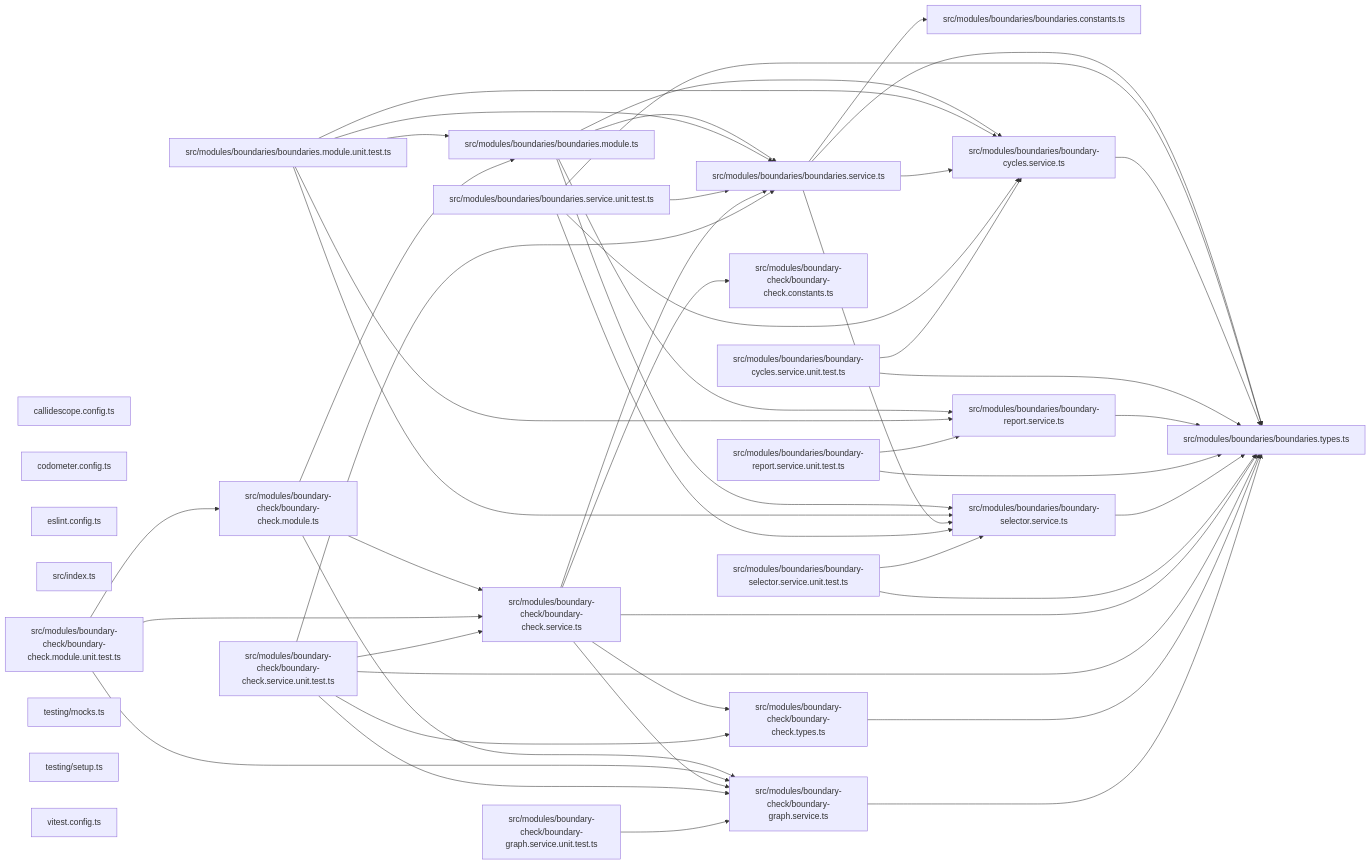
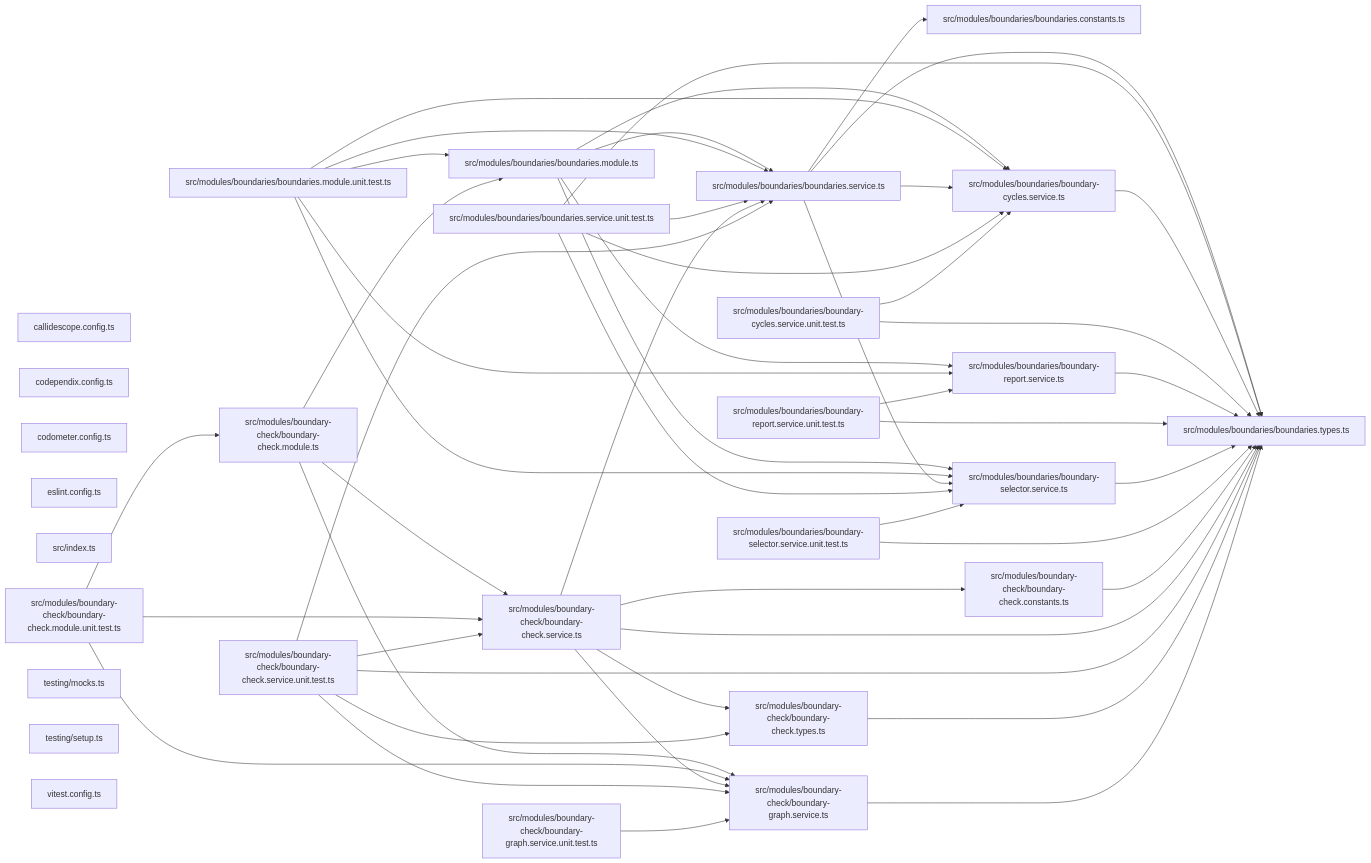
One commit to JimmyPaolini/codebase changed the third of 3 diagrams in packages/codependix-boundaries/README.md. Above: the diagram before and after it, drawn with Mermaid. The commit also changed 35 other files, not shown here.

````diff
--- a/packages/codependix-boundaries/README.md
+++ b/packages/codependix-boundaries/README.md
@@ -197,75 +197,77 @@
 ```mermaid
 graph LR
   file_callidescope_config_ts["callidescope.config.ts"]
+  file_codependix_config_ts["codependix.config.ts"]
   file_codometer_config_ts["codometer.config.ts"]
   file_eslint_config_ts["eslint.config.ts"]
   file_src_index_ts["src/index.ts"]
   file_src_modules_boundaries_boundaries_constants_ts["src/modules/boundaries/boundaries.constants.ts"]
   file_src_modules_boundaries_boundaries_module_ts["src/modules/boundaries/boundaries.module.ts"]
   file_src_modules_boundaries_boundaries_module_unit_test_ts["src/modules/boundaries/boundaries.module.unit.test.ts"]
   file_src_modules_boundaries_boundaries_service_ts["src/modules/boundaries/boundaries.service.ts"]
   file_src_modules_boundaries_boundaries_service_unit_test_ts["src/modules/boundaries/boundaries.service.unit.test.ts"]
   file_src_modules_boundaries_boundaries_types_ts["src/modules/boundaries/boundaries.types.ts"]
   file_src_modules_boundaries_boundary_cycles_service_ts["src/modules/boundaries/boundary-cycles.service.ts"]
   file_src_modules_boundaries_boundary_cycles_service_unit_test_ts["src/modules/boundaries/boundary-cycles.service.unit.test.ts"]
   file_src_modules_boundaries_boundary_report_service_ts["src/modules/boundaries/boundary-report.service.ts"]
   file_src_modules_boundaries_boundary_report_service_unit_test_ts["src/modules/boundaries/boundary-report.service.unit.test.ts"]
   file_src_modules_boundaries_boundary_selector_service_ts["src/modules/boundaries/boundary-selector.service.ts"]
   file_src_modules_boundaries_boundary_selector_service_unit_test_ts["src/modules/boundaries/boundary-selector.service.unit.test.ts"]
   file_src_modules_boundary_check_boundary_check_constants_ts["src/modules/boundary-check/boundary-check.constants.ts"]
   file_src_modules_boundary_check_boundary_check_module_ts["src/modules/boundary-check/boundary-check.module.ts"]
   file_src_modules_boundary_check_boundary_check_module_unit_test_ts["src/modules/boundary-check/boundary-check.module.unit.test.ts"]
   file_src_modules_boundary_check_boundary_check_service_ts["src/modules/boundary-check/boundary-check.service.ts"]
   file_src_modules_boundary_check_boundary_check_service_unit_test_ts["src/modules/boundary-check/boundary-check.service.unit.test.ts"]
   file_src_modules_boundary_check_boundary_check_types_ts["src/modules/boundary-check/boundary-check.types.ts"]
   file_src_modules_boundary_check_boundary_graph_service_ts["src/modules/boundary-check/boundary-graph.service.ts"]
   file_src_modules_boundary_check_boundary_graph_service_unit_test_ts["src/modules/boundary-check/boundary-graph.service.unit.test.ts"]
   file_testing_mocks_ts["testing/mocks.ts"]
   file_testing_setup_ts["testing/setup.ts"]
   file_vitest_config_ts["vitest.config.ts"]
   file_src_modules_boundaries_boundaries_module_ts --> file_src_modules_boundaries_boundaries_service_ts
   file_src_modules_boundaries_boundaries_module_ts --> file_src_modules_boundaries_boundary_cycles_service_ts
   file_src_modules_boundaries_boundaries_module_ts --> file_src_modules_boundaries_boundary_report_service_ts
   file_src_modules_boundaries_boundaries_module_ts --> file_src_modules_boundaries_boundary_selector_service_ts
   file_src_modules_boundaries_boundaries_module_unit_test_ts --> file_src_modules_boundaries_boundaries_module_ts
   file_src_modules_boundaries_boundaries_module_unit_test_ts --> file_src_modules_boundaries_boundaries_service_ts
   file_src_modules_boundaries_boundaries_module_unit_test_ts --> file_src_modules_boundaries_boundary_cycles_service_ts
   file_src_modules_boundaries_boundaries_module_unit_test_ts --> file_src_modules_boundaries_boundary_report_service_ts
   file_src_modules_boundaries_boundaries_module_unit_test_ts --> file_src_modules_boundaries_boundary_selector_service_ts
   file_src_modules_boundaries_boundaries_service_ts --> file_src_modules_boundaries_boundaries_constants_ts
   file_src_modules_boundaries_boundaries_service_ts --> file_src_modules_boundaries_boundaries_types_ts
   file_src_modules_boundaries_boundaries_service_ts --> file_src_modules_boundaries_boundary_cycles_service_ts
   file_src_modules_boundaries_boundaries_service_ts --> file_src_modules_boundaries_boundary_selector_service_ts
   file_src_modules_boundaries_boundaries_service_unit_test_ts --> file_src_modules_boundaries_boundaries_service_ts
   file_src_modules_boundaries_boundaries_service_unit_test_ts --> file_src_modules_boundaries_boundaries_types_ts
   file_src_modules_boundaries_boundaries_service_unit_test_ts --> file_src_modules_boundaries_boundary_cycles_service_ts
   file_src_modules_boundaries_boundaries_service_unit_test_ts --> file_src_modules_boundaries_boundary_selector_service_ts
   file_src_modules_boundaries_boundary_cycles_service_ts --> file_src_modules_boundaries_boundaries_types_ts
   file_src_modules_boundaries_boundary_cycles_service_unit_test_ts --> file_src_modules_boundaries_boundaries_types_ts
   file_src_modules_boundaries_boundary_cycles_service_unit_test_ts --> file_src_modules_boundaries_boundary_cycles_service_ts
   file_src_modules_boundaries_boundary_report_service_ts --> file_src_modules_boundaries_boundaries_types_ts
   file_src_modules_boundaries_boundary_report_service_unit_test_ts --> file_src_modules_boundaries_boundaries_types_ts
   file_src_modules_boundaries_boundary_report_service_unit_test_ts --> file_src_modules_boundaries_boundary_report_service_ts
   file_src_modules_boundaries_boundary_selector_service_ts --> file_src_modules_boundaries_boundaries_types_ts
   file_src_modules_boundaries_boundary_selector_service_unit_test_ts --> file_src_modules_boundaries_boundaries_types_ts
   file_src_modules_boundaries_boundary_selector_service_unit_test_ts --> file_src_modules_boundaries_boundary_selector_service_ts
+  file_src_modules_boundary_check_boundary_check_constants_ts --> file_src_modules_boundaries_boundaries_types_ts
   file_src_modules_boundary_check_boundary_check_module_ts --> file_src_modules_boundaries_boundaries_module_ts
   file_src_modules_boundary_check_boundary_check_module_ts --> file_src_modules_boundary_check_boundary_check_service_ts
   file_src_modules_boundary_check_boundary_check_module_ts --> file_src_modules_boundary_check_boundary_graph_service_ts
   file_src_modules_boundary_check_boundary_check_module_unit_test_ts --> file_src_modules_boundary_check_boundary_check_module_ts
   file_src_modules_boundary_check_boundary_check_module_unit_test_ts --> file_src_modules_boundary_check_boundary_check_service_ts
   file_src_modules_boundary_check_boundary_check_module_unit_test_ts --> file_src_modules_boundary_check_boundary_graph_service_ts
   file_src_modules_boundary_check_boundary_check_service_ts --> file_src_modules_boundaries_boundaries_service_ts
   file_src_modules_boundary_check_boundary_check_service_ts --> file_src_modules_boundaries_boundaries_types_ts
   file_src_modules_boundary_check_boundary_check_service_ts --> file_src_modules_boundary_check_boundary_check_constants_ts
   file_src_modules_boundary_check_boundary_check_service_ts --> file_src_modules_boundary_check_boundary_check_types_ts
   file_src_modules_boundary_check_boundary_check_service_ts --> file_src_modules_boundary_check_boundary_graph_service_ts
   file_src_modules_boundary_check_boundary_check_service_unit_test_ts --> file_src_modules_boundaries_boundaries_service_ts
   file_src_modules_boundary_check_boundary_check_service_unit_test_ts --> file_src_modules_boundaries_boundaries_types_ts
   file_src_modules_boundary_check_boundary_check_service_unit_test_ts --> file_src_modules_boundary_check_boundary_check_service_ts
   file_src_modules_boundary_check_boundary_check_service_unit_test_ts --> file_src_modules_boundary_check_boundary_check_types_ts
   file_src_modules_boundary_check_boundary_check_service_unit_test_ts --> file_src_modules_boundary_check_boundary_graph_service_ts
   file_src_modules_boundary_check_boundary_check_types_ts --> file_src_modules_boundaries_boundaries_types_ts
   file_src_modules_boundary_check_boundary_graph_service_ts --> file_src_modules_boundaries_boundaries_types_ts
   file_src_modules_boundary_check_boundary_graph_service_unit_test_ts --> file_src_modules_boundary_check_boundary_graph_service_ts
 ```
````
